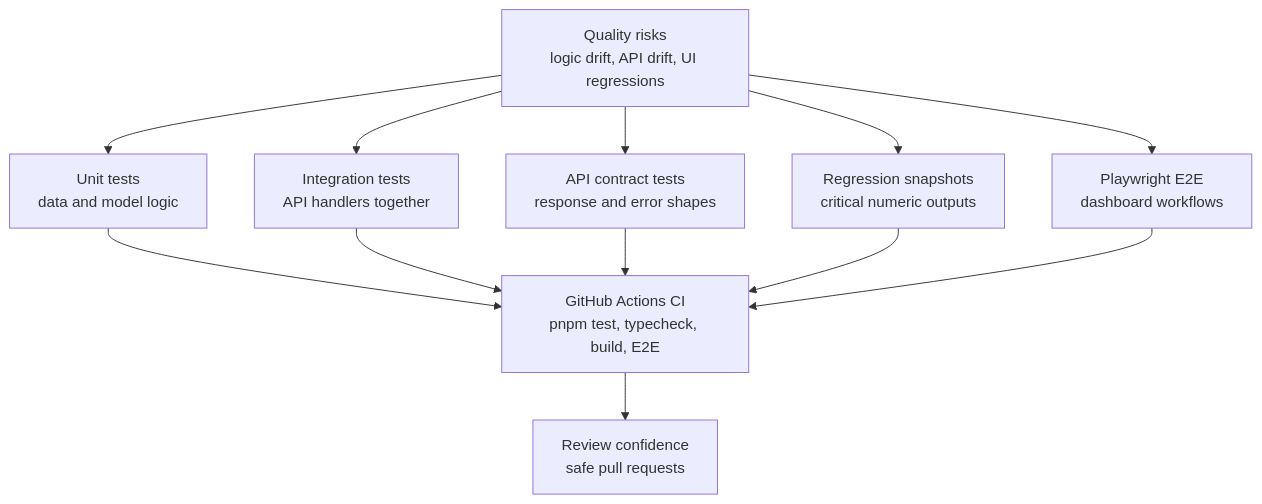
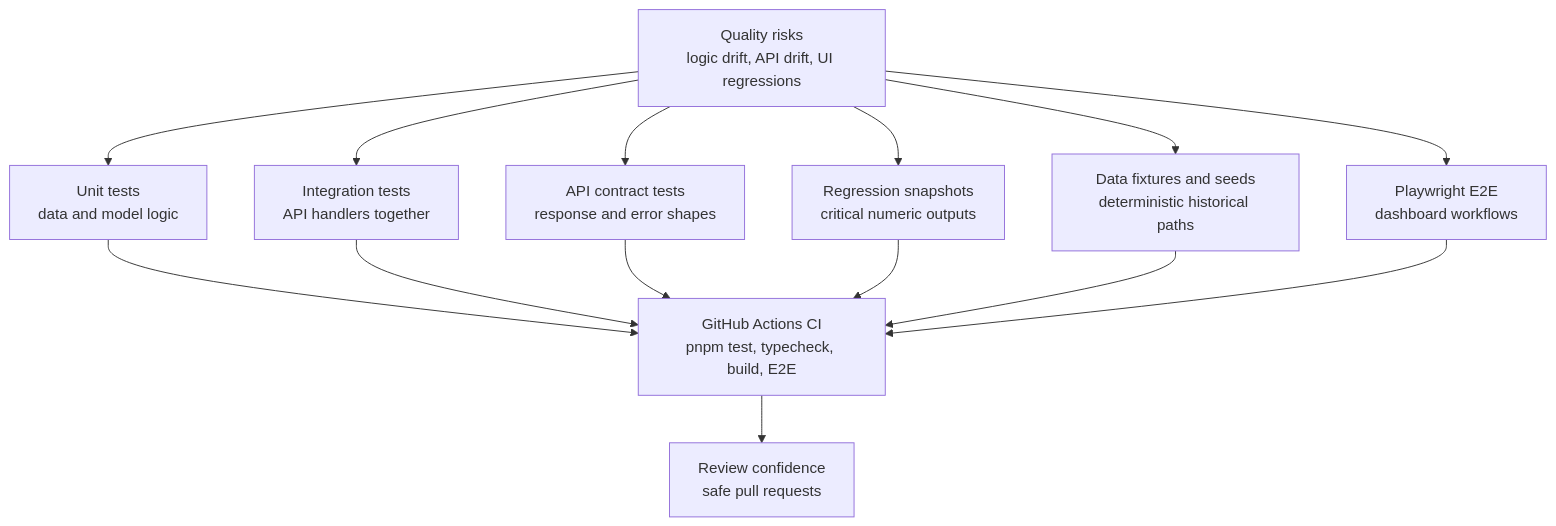
The fourth of 5 diagrams in docs/architecture/ARCHITECTURE_DIAGRAMS.md (EfrainAndres/world-cup-2026-predictor), drawn with Mermaid before and after one commit. The commit also changed other lines of this file and 8 other files, not shown here.

````diff
--- a/docs/architecture/ARCHITECTURE_DIAGRAMS.md
+++ b/docs/architecture/ARCHITECTURE_DIAGRAMS.md
@@ -90,23 +87,26 @@
 ```mermaid
 flowchart TD
     risk["Quality risks\nlogic drift, API drift, UI regressions"]
     unit["Unit tests\ndata and model logic"]
     integration["Integration tests\nAPI handlers together"]
     contracts["API contract tests\nresponse and error shapes"]
     snapshots["Regression snapshots\ncritical numeric outputs"]
+    fixtures["Data fixtures and seeds\ndeterministic historical paths"]
     e2e["Playwright E2E\ndashboard workflows"]
     ci["GitHub Actions CI\npnpm test, typecheck, build, E2E"]
     confidence["Review confidence\nsafe pull requests"]
 
     risk --> unit
     risk --> integration
     risk --> contracts
     risk --> snapshots
+    risk --> fixtures
     risk --> e2e
     unit --> ci
     integration --> ci
     contracts --> ci
     snapshots --> ci
+    fixtures --> ci
     e2e --> ci
     ci --> confidence
 ```
````
